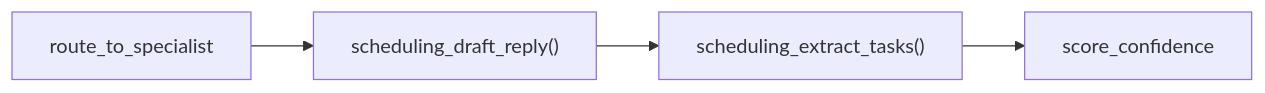
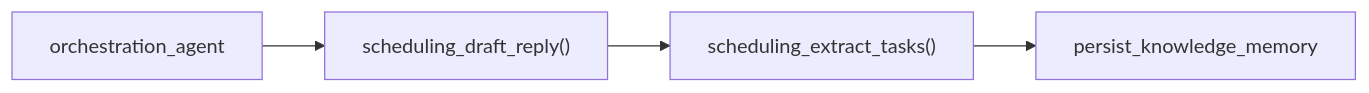
Before and after one commit to Samurai493/InboxPilotAI: the fourth of 10 diagrams in backend/docs/STATE_GRAPHS.md, drawn with Mermaid. The commit also changed other lines of this file and 30 other files, not shown here.

Commit message:
Added Knowledge Graphs, LLM token usage, persistent processed results

````diff
--- a/backend/docs/STATE_GRAPHS.md
+++ b/backend/docs/STATE_GRAPHS.md
@@ -73,6 +76,6 @@
 ```mermaid
 flowchart LR
-    route_to_specialist --> scheduling_draft["scheduling_draft_reply()"]
+    orchestration_agent --> scheduling_draft["scheduling_draft_reply()"]
     scheduling_draft --> scheduling_extract["scheduling_extract_tasks()"]
-    scheduling_extract --> score_confidence
+    scheduling_extract --> persist_knowledge_memory
 ```
````
